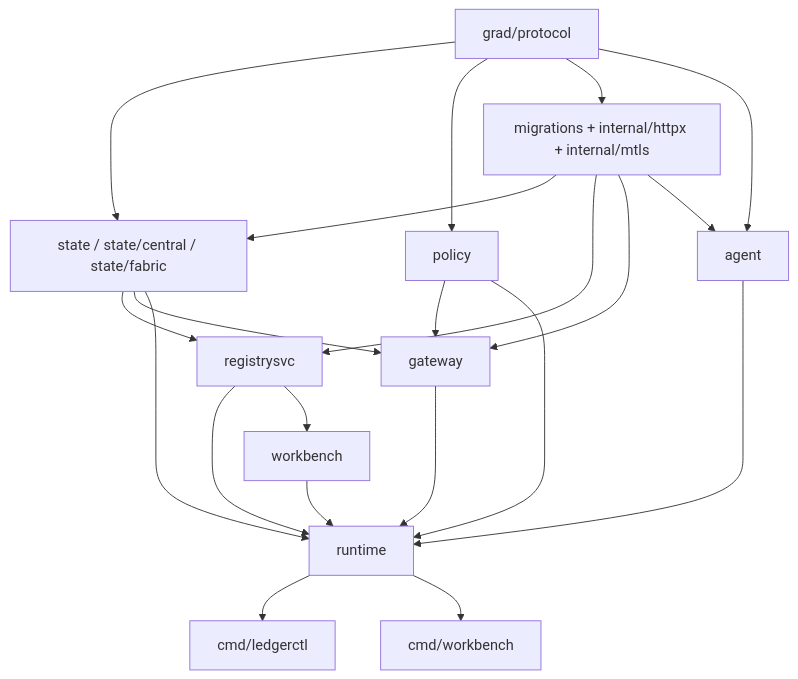
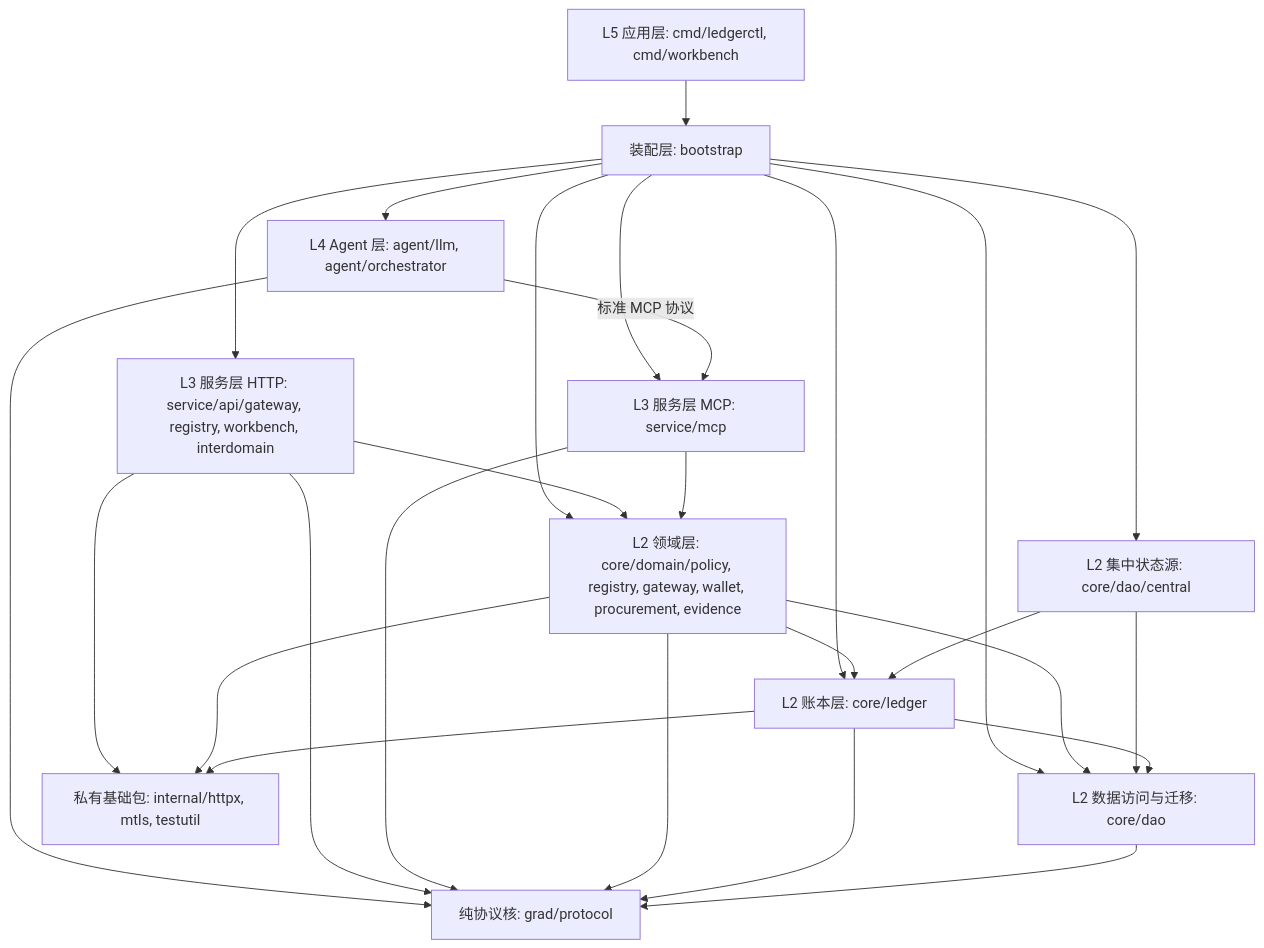
Before and after one commit to yjydist/graduation-design: the diagram in platform/AGENTS.md, drawn with Mermaid. The commit also changed other lines of this file and 190 other files, not shown here.

First line of the commit message:
refactor(platform): restructured platform into five-layer architecture

````diff
--- a/platform/AGENTS.md
+++ b/platform/AGENTS.md
@@ -28,23 +36,40 @@
 ```mermaid
 flowchart TB
-    P["grad/protocol"] --> S["state / state/central / state/fabric"]
-    P --> POL["policy"]
-    P --> M["migrations + internal/httpx + internal/mtls"]
-    M --> S
-    S --> R["registrysvc"]
-    M --> R
-    S --> G["gateway"]
-    POL --> G
-    M --> G
-    M --> A["agent"]
-    P --> A
-    R --> RT["runtime"]
-    G --> RT
-    A --> RT
-    R --> WEB["workbench"]
-    WEB --> RT
-    POL --> RT
-    S --> RT
-    RT --> CLI["cmd/ledgerctl"]
-    RT --> CMD["cmd/workbench"]
+    L5["L5 应用层: cmd/ledgerctl, cmd/workbench"]
+    BOOT["装配层: bootstrap"]
+    L4["L4 Agent 层: agent/llm, agent/orchestrator"]
+    L3A["L3 服务层 HTTP: service/api/gateway, registry, workbench, interdomain"]
+    L3M["L3 服务层 MCP: service/mcp"]
+    L2D["L2 领域层: core/domain/policy, registry, gateway, wallet, procurement, evidence"]
+    L2L["L2 账本层: core/ledger"]
+    L2C["L2 集中状态源: core/dao/central"]
+    L2DAO["L2 数据访问与迁移: core/dao"]
+    INT["私有基础包: internal/httpx, mtls, testutil"]
+    P["纯协议核: grad/protocol"]
+
+    L5 --> BOOT
+    BOOT --> L4
+    BOOT --> L3A
+    BOOT --> L3M
+    BOOT --> L2D
+    BOOT --> L2L
+    BOOT --> L2C
+    BOOT --> L2DAO
+    L4 -->|"标准 MCP 协议"| L3M
+    L3A --> L2D
+    L3M --> L2D
+    L2D --> L2L
+    L2D --> L2DAO
+    L2C --> L2L
+    L2C --> L2DAO
+    L2L --> L2DAO
+    L3A --> INT
+    L2D --> INT
+    L2L --> INT
+    L4 --> P
+    L3A --> P
+    L3M --> P
+    L2D --> P
+    L2L --> P
+    L2DAO --> P
 ```
````
